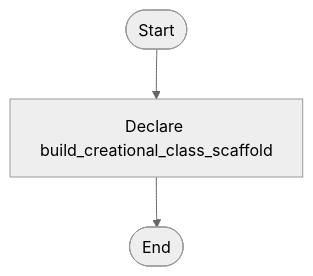
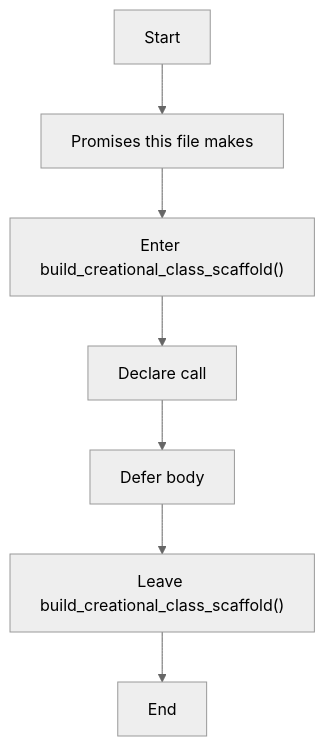
The first of 2 diagrams in docs/Codebase/Microservice/Modules/Header/Creational/Logic/creational_logic_scaffold.hpp.md (JohnAndrewBalbarosa/NeoTerritory), drawn with Mermaid (neutral theme) before and after one commit. The commit also changed other lines of this file and 752 other files, not shown here.

````diff
--- a/docs/Codebase/Microservice/Modules/Header/Creational/Logic/creational_logic_scaffold.hpp.md
+++ b/docs/Codebase/Microservice/Modules/Header/Creational/Logic/creational_logic_scaffold.hpp.md
@@ -30,8 +22,16 @@
 ```mermaid
 flowchart TD
-    Start([Start])
-    N0[Declare build_creational_class_scaffold]
-    End([End])
+    Start["Start"]
+    N0["Promises this file makes"]
+    N1["Enter build_creational_class_scaffold()"]
+    N2["Declare call"]
+    N3["Defer body"]
+    N4["Leave build_creational_class_scaffold()"]
+    End["End"]
     Start --> N0
-    N0 --> End
+    N0 --> N1
+    N1 --> N2
+    N2 --> N3
+    N3 --> N4
+    N4 --> End
 ```
````
